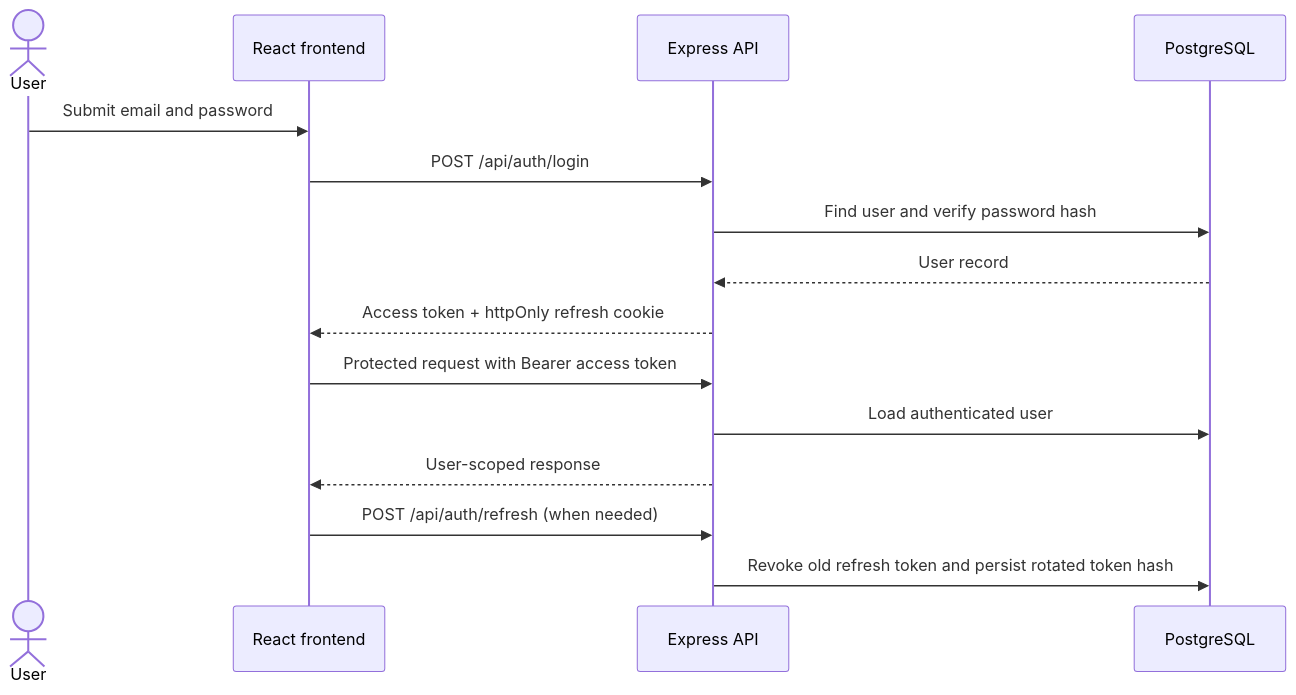
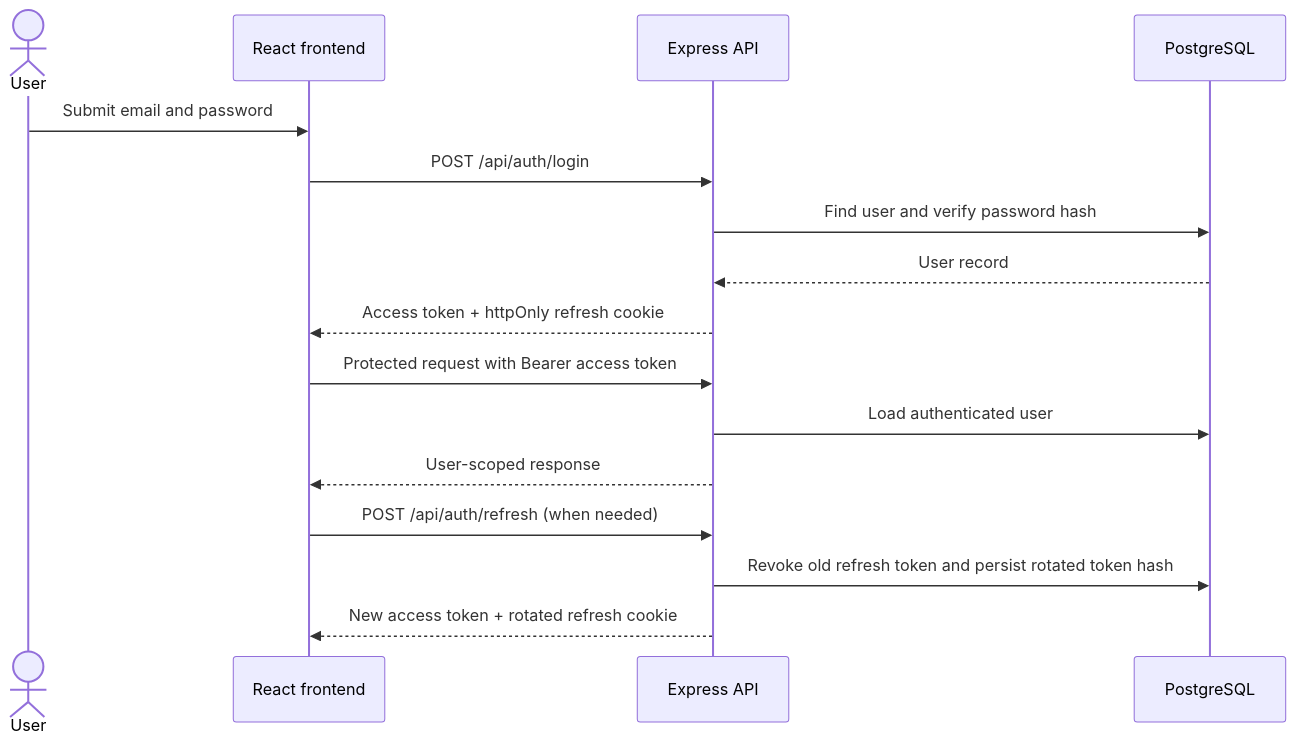
Before and after one commit to kareemahme999/Personal-Productivity-Platform: the seventh of 14 diagrams in README.md, drawn with Mermaid. The commit also changed other lines of this file, not shown here.

````diff
--- a/README.md
+++ b/README.md
@@ -316,18 +476,19 @@
 ```mermaid
 sequenceDiagram
     actor User
     participant SPA as React frontend
     participant API as Express API
     participant DB as PostgreSQL
 
     User->>SPA: Submit email and password
     SPA->>API: POST /api/auth/login
     API->>DB: Find user and verify password hash
     DB-->>API: User record
     API-->>SPA: Access token + httpOnly refresh cookie
     SPA->>API: Protected request with Bearer access token
     API->>DB: Load authenticated user
     API-->>SPA: User-scoped response
     SPA->>API: POST /api/auth/refresh (when needed)
     API->>DB: Revoke old refresh token and persist rotated token hash
+    API-->>SPA: New access token + rotated refresh cookie
 ```
````
